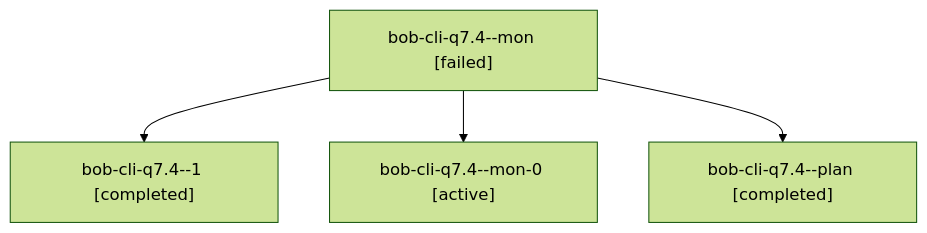
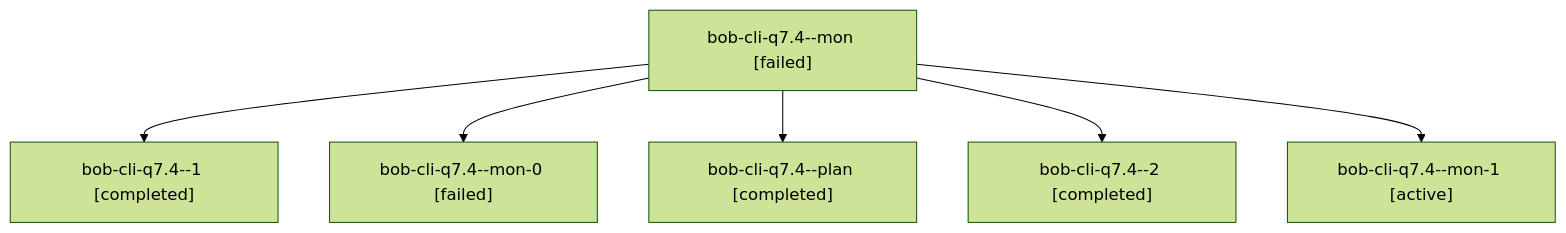
The diagram in sessions/bbugyi200.athena.bob-cli-q7.4.md (bobs-org/bob-cli--agents), drawn with Mermaid (forest theme) before and after one commit. The commit also changed other lines of this file and 32 other files, not shown here.

````diff
--- a/sessions/bbugyi200.athena.bob-cli-q7.4.md
+++ b/sessions/bbugyi200.athena.bob-cli-q7.4.md
@@ -9,10 +9,14 @@
 ```mermaid
 flowchart TD
   n0["bob-cli-q7.4--mon [failed]"]
   n1["bob-cli-q7.4--1 [completed]"]
   n0 --> n1
-  n2["bob-cli-q7.4--mon-0 [active]"]
+  n2["bob-cli-q7.4--mon-0 [failed]"]
   n0 --> n2
   n3["bob-cli-q7.4--plan [completed]"]
   n0 --> n3
+  n4["bob-cli-q7.4--2 [completed]"]
+  n0 --> n4
+  n5["bob-cli-q7.4--mon-1 [active]"]
+  n0 --> n5
 ```
````
